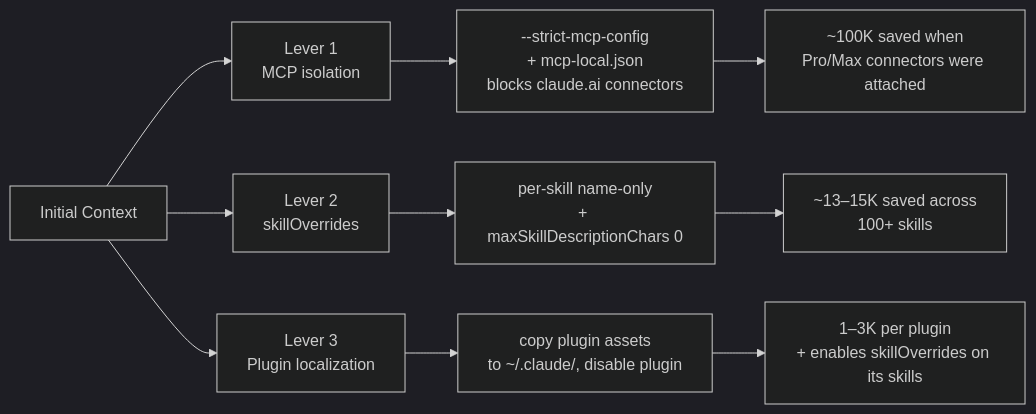
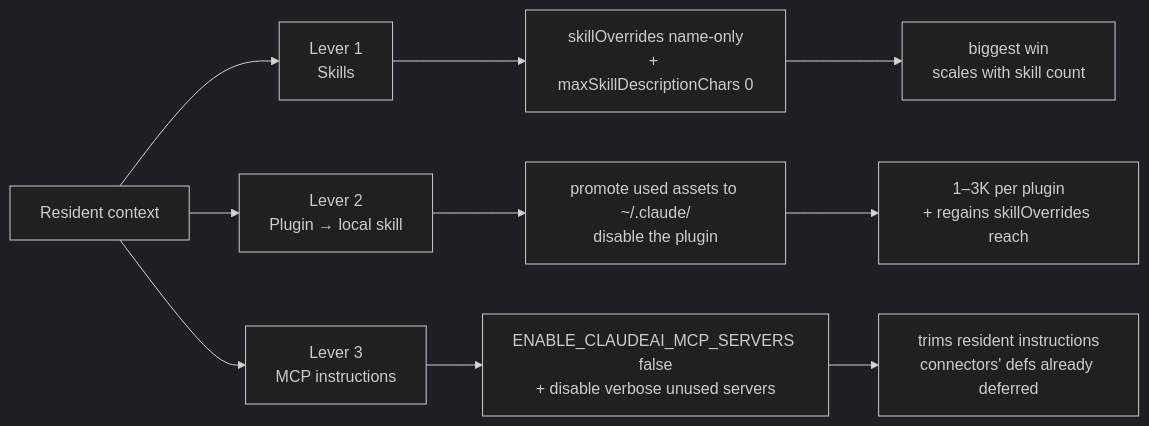
One commit to laststance/laststance.io changed the second of 6 diagrams in src/app/articles/Cutting-Claude-Code-Initial-Context-Bloat/content.mdx. Above: the diagram before and after it, drawn with Mermaid (dark theme). The commit also changed other lines of this file and 3 other files, not shown here.

First line of the commit message:
docs(blog): refine MCP context article with v2.1.153 research

````diff
--- a/src/app/articles/Cutting-Claude-Code-Initial-Context-Bloat/content.mdx
+++ b/src/app/articles/Cutting-Claude-Code-Initial-Context-Bloat/content.mdx
@@ -84,14 +117,14 @@
 ```mermaid
 flowchart LR
-    A[Initial Context] --> L1[Lever 1<br/>MCP isolation]
-    A --> L2[Lever 2<br/>skillOverrides]
-    A --> L3[Lever 3<br/>Plugin localization]
+    A[Resident context] --> L1[Lever 1<br/>Skills]
+    A --> L2[Lever 2<br/>Plugin → local skill]
+    A --> L3[Lever 3<br/>MCP instructions]
 
-    L1 --> R1[--strict-mcp-config<br/>+ mcp-local.json<br/>blocks claude.ai connectors]
-    L2 --> R2[per-skill name-only<br/>+ maxSkillDescriptionChars 0]
-    L3 --> R3[copy plugin assets<br/>to ~/.claude/, disable plugin]
+    L1 --> R1[skillOverrides name-only<br/>+ maxSkillDescriptionChars 0]
+    L2 --> R2[promote used assets to ~/.claude/<br/>disable the plugin]
+    L3 --> R3[ENABLE_CLAUDEAI_MCP_SERVERS false<br/>+ disable verbose unused servers]
 
-    R1 --> Saved1[~100K saved when<br/>Pro/Max connectors were attached]
-    R2 --> Saved2[~13–15K saved across<br/>100+ skills]
-    R3 --> Saved3[1–3K per plugin<br/>+ enables skillOverrides on its skills]
+    R1 --> S1[biggest win<br/>scales with skill count]
+    R2 --> S2[1–3K per plugin<br/>+ regains skillOverrides reach]
+    R3 --> S3[trims resident instructions<br/>connectors' defs already deferred]
 ```
````
